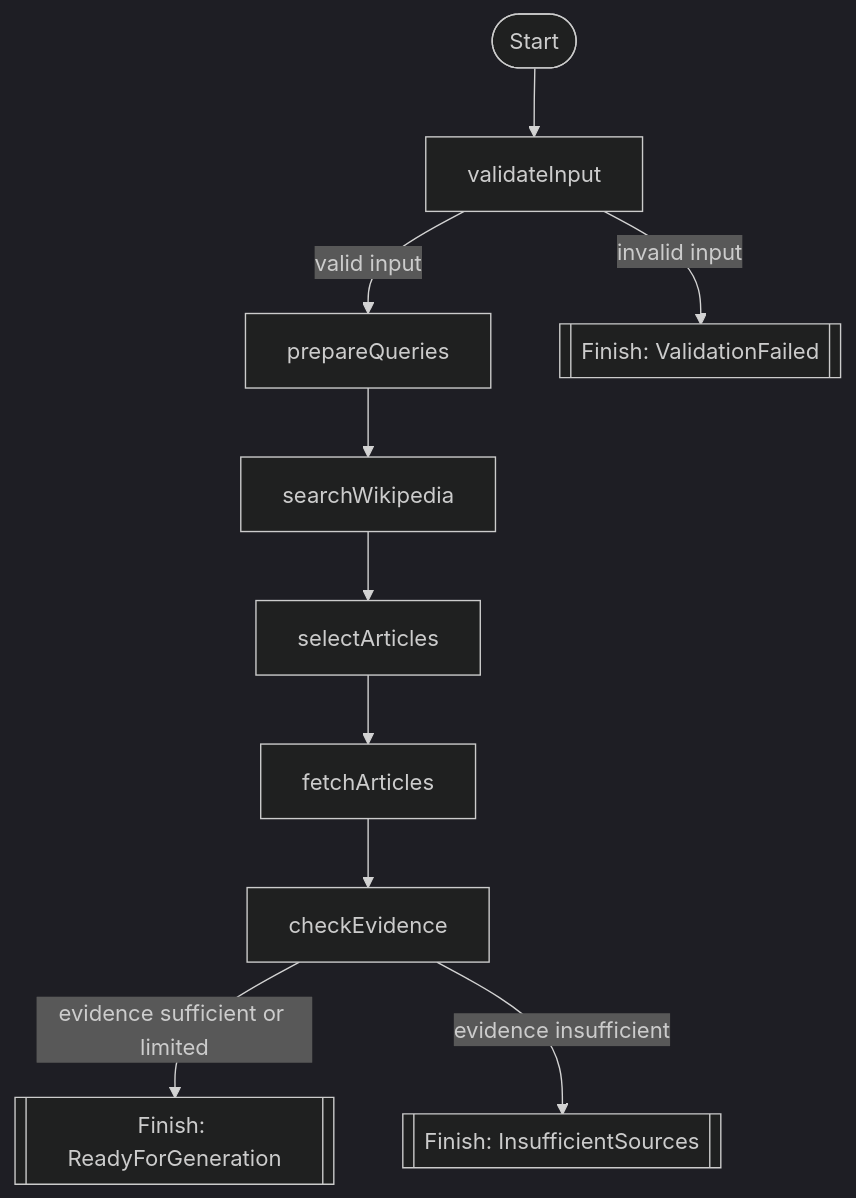
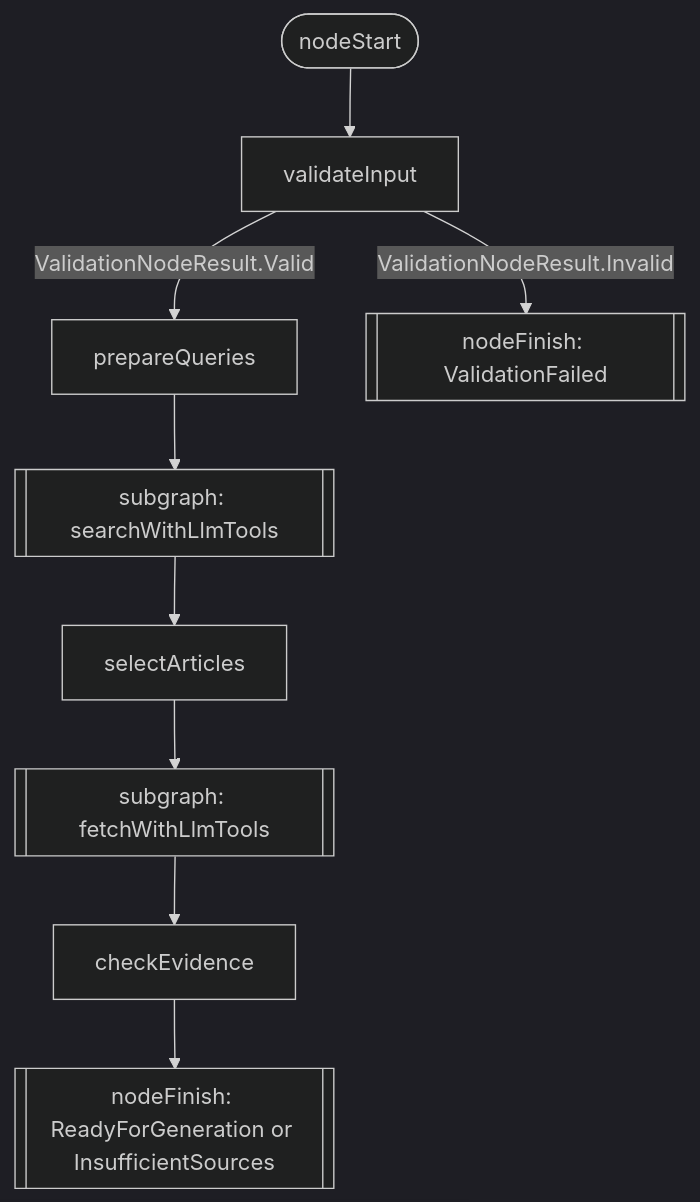
Before and after one commit to molczane/KoogQuizAgent: the first of 3 diagrams in docs/study-research-workflow.md, drawn with Mermaid (dark theme). The commit also changed other lines of this file and 2 other files, not shown here.

````diff
--- a/docs/study-research-workflow.md
+++ b/docs/study-research-workflow.md
@@ -9,15 +20,13 @@
 ```mermaid
 flowchart TD
-    Start([Start]) --> Validate[validateInput]
+    Start([nodeStart]) --> Validate[validateInput]
 
-    Validate -->|valid input| Prepare[prepareQueries]
-    Validate -->|invalid input| ValidationFailed[[Finish: ValidationFailed]]
+    Validate -->|ValidationNodeResult.Valid| Prepare[prepareQueries]
+    Validate -->|ValidationNodeResult.Invalid| FinishValidation[[nodeFinish: ValidationFailed]]
 
-    Prepare --> Search[searchWikipedia]
-    Search --> Select[selectArticles]
-    Select --> Fetch[fetchArticles]
-    Fetch --> Evidence[checkEvidence]
-
-    Evidence -->|evidence sufficient or limited| Ready[[Finish: ReadyForGeneration]]
-    Evidence -->|evidence insufficient| Insufficient[[Finish: InsufficientSources]]
+    Prepare --> SearchSubgraph[[subgraph: searchWithLlmTools]]
+    SearchSubgraph --> Select[selectArticles]
+    Select --> FetchSubgraph[[subgraph: fetchWithLlmTools]]
+    FetchSubgraph --> Evidence[checkEvidence]
+    Evidence --> FinishResearch[[nodeFinish: ReadyForGeneration or InsufficientSources]]
 ```
````
